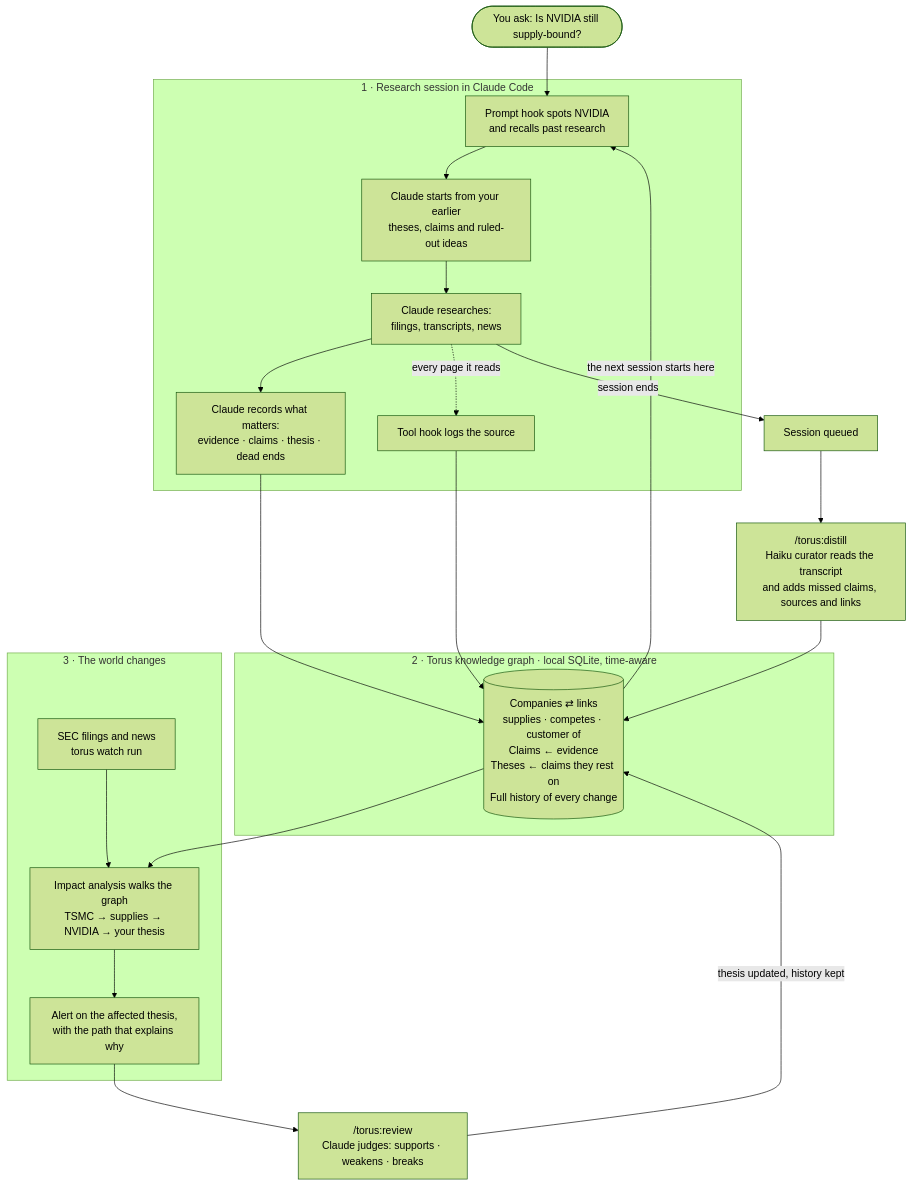
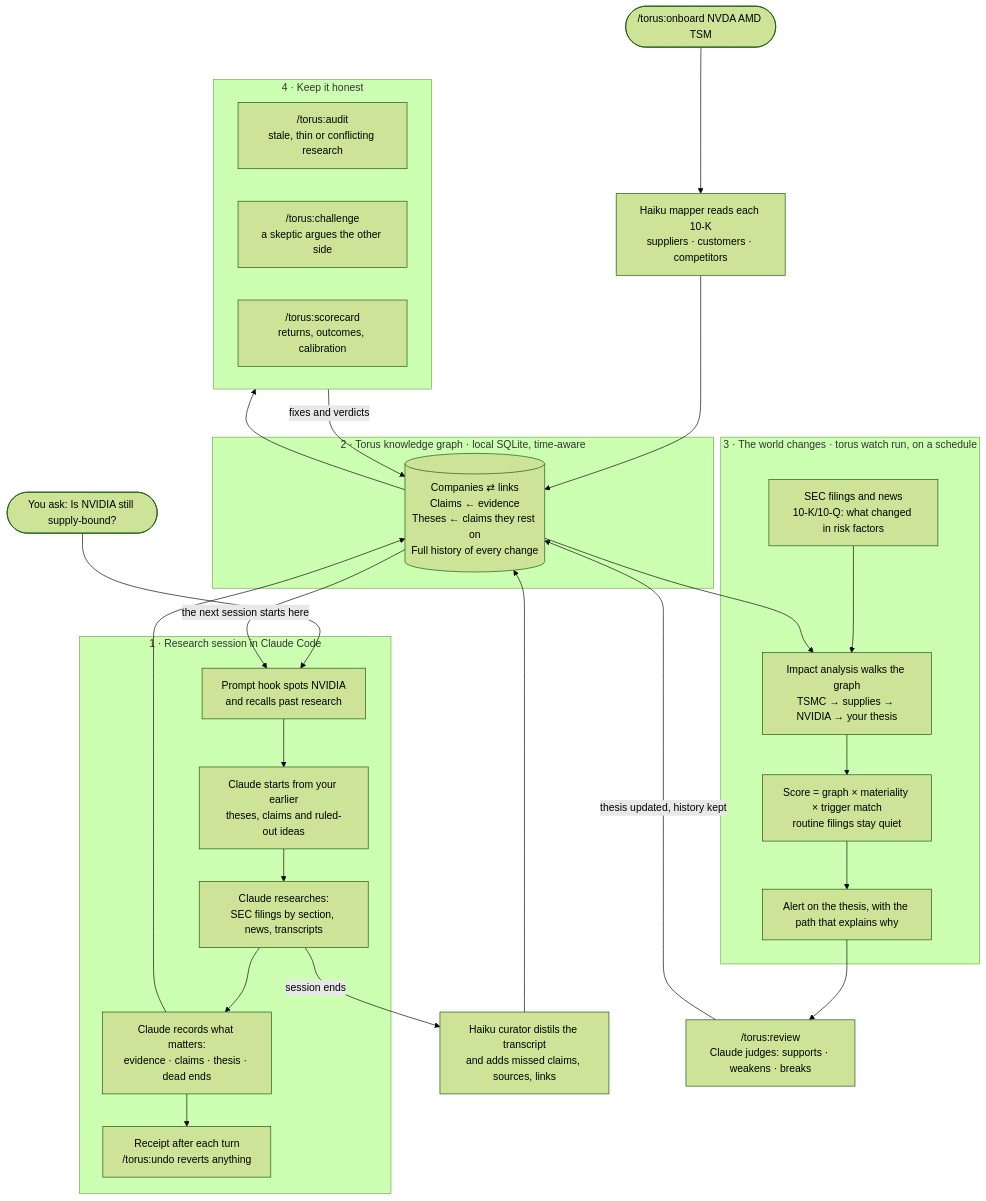
Before and after one commit to sekhar14/torus: the diagram in README.md, drawn with Mermaid (forest theme). The commit also changed other lines of this file and 84 other files, not shown here.

First line of the commit message:
Torus v0.2.0: alerts that matter, onboarding, audit, scorecard

````diff
--- a/README.md
+++ b/README.md
@@ -28,32 +30,43 @@
 ```mermaid
 flowchart TD
+    OB(["/torus:onboard NVDA AMD TSM"]) --> MAP["Haiku mapper reads each 10-K<br/>suppliers · customers · competitors"]
+    MAP --> G
+
     U(["You ask: Is NVIDIA still supply-bound?"]) --> H1
 
     subgraph S1 ["1 · Research session in Claude Code"]
         H1["Prompt hook spots NVIDIA<br/>and recalls past research"] --> C["Claude starts from your earlier<br/>theses, claims and ruled-out ideas"]
-        C --> R["Claude researches:<br/>filings, transcripts, news"]
+        C --> R["Claude researches:<br/>SEC filings by section, news, transcripts"]
         R --> W["Claude records what matters:<br/>evidence · claims · thesis · dead ends"]
-        R -.->|every page it reads| SRC["Tool hook logs the source"]
+        W --> RC["Receipt after each turn<br/>/torus:undo reverts anything"]
     end
 
     W --> G
-    SRC --> G
 
     subgraph S2 ["2 · Torus knowledge graph · local SQLite, time-aware"]
-        G[("Companies ⇄ links<br/>supplies · competes · customer of<br/>Claims ← evidence<br/>Theses ← claims they rest on<br/>Full history of every change")]
+        G[("Companies ⇄ links<br/>Claims ← evidence<br/>Theses ← claims they rest on<br/>Full history of every change")]
     end
 
-    R -->|session ends| Q["Session queued"]
-    Q --> D["/torus:distill<br/>Haiku curator reads the transcript<br/>and adds missed claims, sources and links"]
+    R -->|session ends| D["Haiku curator distils the transcript<br/>and adds missed claims, sources, links"]
     D --> G
 
-    subgraph S3 ["3 · The world changes"]
-        EV["SEC filings and news<br/>torus watch run"] --> I["Impact analysis walks the graph<br/>TSMC → supplies → NVIDIA → your thesis"]
-        I --> A["Alert on the affected thesis,<br/>with the path that explains why"]
+    subgraph S3 ["3 · The world changes · torus watch run, on a schedule"]
+        EV["SEC filings and news<br/>10-K/10-Q: what changed in risk factors"] --> I["Impact analysis walks the graph<br/>TSMC → supplies → NVIDIA → your thesis"]
+        I --> SC["Score = graph × materiality × trigger match<br/>routine filings stay quiet"]
+        SC --> A["Alert on the thesis, with the path that explains why"]
     end
 
     G --> I
     A --> RV["/torus:review<br/>Claude judges: supports · weakens · breaks"]
     RV -->|thesis updated, history kept| G
+
+    subgraph S4 ["4 · Keep it honest"]
+        AU["/torus:audit<br/>stale, thin or conflicting research"]
+        CH["/torus:challenge<br/>a skeptic argues the other side"]
+        SCO["/torus:scorecard<br/>returns, outcomes, calibration"]
+    end
+
+    G --> S4
+    S4 -->|fixes and verdicts| G
     G -->|the next session starts here| H1
 ```
````
